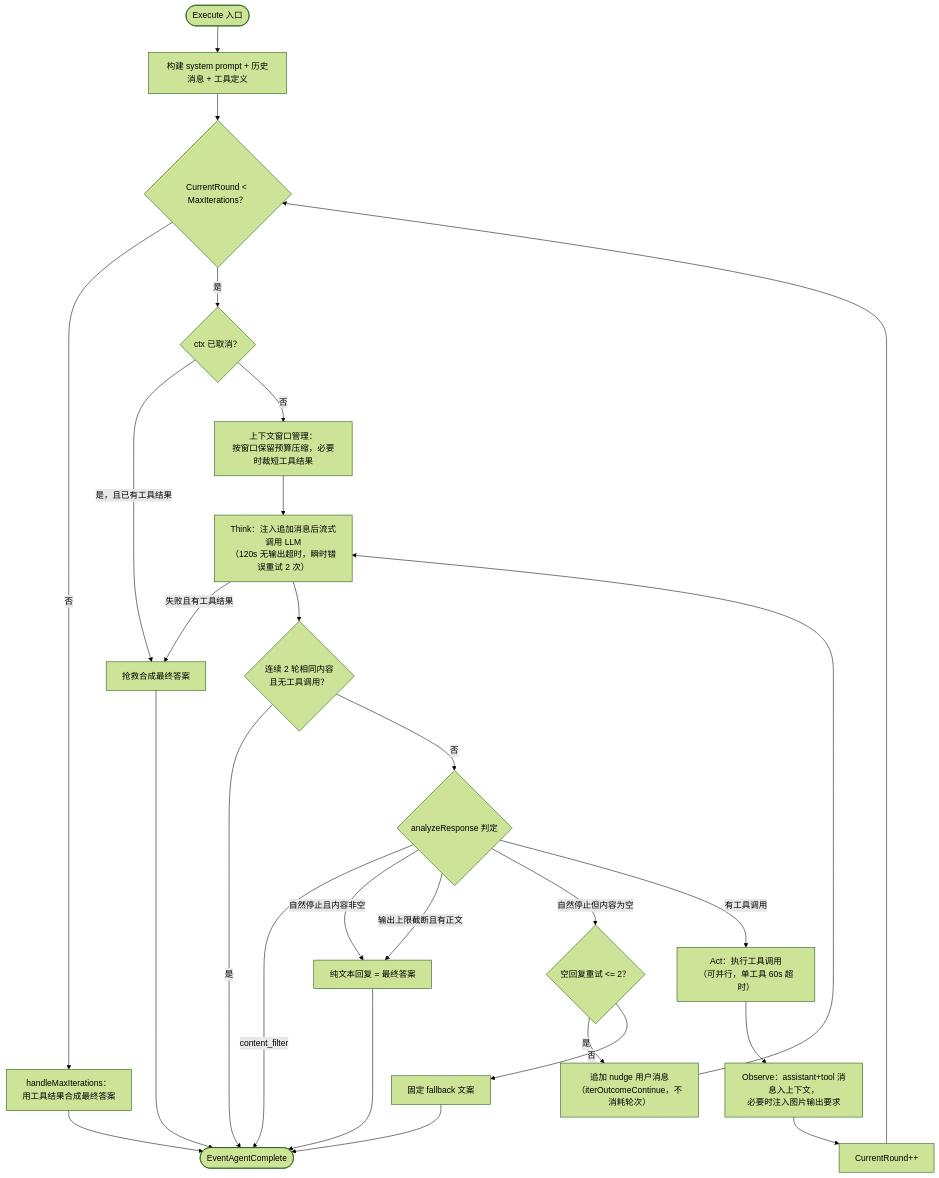
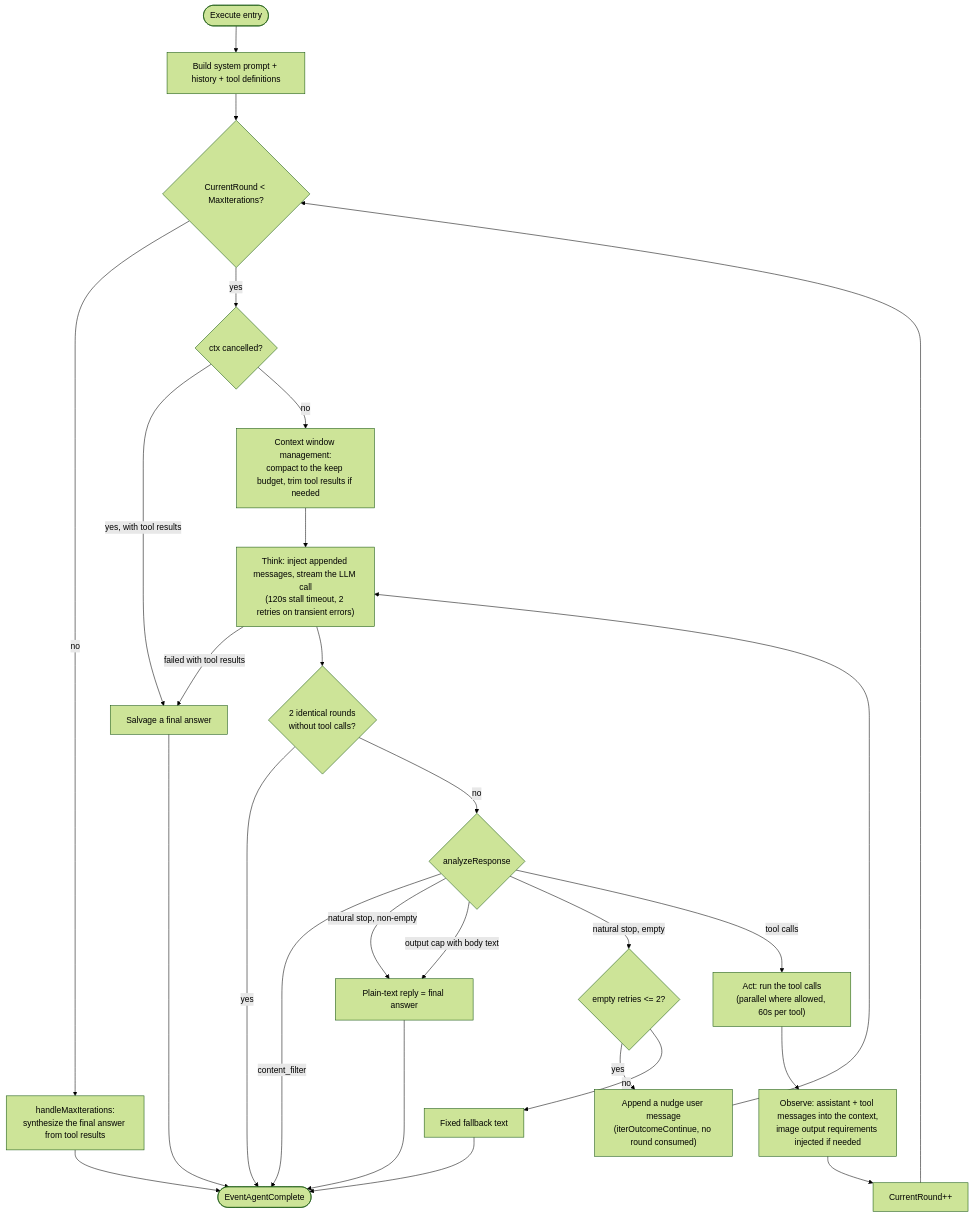
The second of 3 diagrams in website-docs/03-features/07-agent.md (jrmatherly/ai-kb), drawn with Mermaid (forest theme) before and after one commit. The commit also changed other lines of this file and 11 other files, not shown here.

````diff
--- a/website-docs/03-features/07-agent.md
+++ b/website-docs/03-features/07-agent.md
@@ -378,24 +390,24 @@
 ```mermaid
 flowchart TD
-    START(["Execute 入口"]) --> INIT["构建 system prompt + 历史消息 + 工具定义"]
-    INIT --> CHECK{"CurrentRound < MaxIterations？"}
-    CHECK -- "否" --> MAXED["handleMaxIterations：<br/>用工具结果合成最终答案"]
+    START(["Execute entry"]) --> INIT["Build system prompt + history + tool definitions"]
+    INIT --> CHECK{"CurrentRound < MaxIterations?"}
+    CHECK -- "no" --> MAXED["handleMaxIterations:<br/>synthesize the final answer from tool results"]
     MAXED --> DONE(["EventAgentComplete"])
-    CHECK -- "是" --> CANCEL{"ctx 已取消？"}
-    CANCEL -- "是，且已有工具结果" --> SALVAGE["抢救合成最终答案"] --> DONE
-    CANCEL -- "否" --> CTXMGMT["上下文窗口管理：<br/>按窗口保留预算压缩，必要时裁短工具结果"]
-    CTXMGMT --> THINK["Think：注入追加消息后流式调用 LLM<br/>（120s 无输出超时，瞬时错误重试 2 次）"]
-    THINK -- "失败且有工具结果" --> SALVAGE
-    THINK --> STUCK{"连续 2 轮相同内容<br/>且无工具调用？"}
-    STUCK -- "是" --> DONE
-    STUCK -- "否" --> ANALYZE{"analyzeResponse 判定"}
+    CHECK -- "yes" --> CANCEL{"ctx cancelled?"}
+    CANCEL -- "yes, with tool results" --> SALVAGE["Salvage a final answer"] --> DONE
+    CANCEL -- "no" --> CTXMGMT["Context window management:<br/>compact to the keep budget, trim tool results if needed"]
+    CTXMGMT --> THINK["Think: inject appended messages, stream the LLM call<br/>(120s stall timeout, 2 retries on transient errors)"]
+    THINK -- "failed with tool results" --> SALVAGE
+    THINK --> STUCK{"2 identical rounds<br/>without tool calls?"}
+    STUCK -- "yes" --> DONE
+    STUCK -- "no" --> ANALYZE{"analyzeResponse"}
     ANALYZE -- "content_filter" --> DONE
-    ANALYZE -- "自然停止且内容非空" --> FINAL["纯文本回复 = 最终答案"] --> DONE
-    ANALYZE -- "输出上限截断且有正文" --> FINAL
-    ANALYZE -- "自然停止但内容为空" --> EMPTY{"空回复重试 <= 2？"}
-    EMPTY -- "是" --> NUDGE["追加 nudge 用户消息<br/>（iterOutcomeContinue，不消耗轮次）"] --> THINK
-    EMPTY -- "否" --> FALLBACK["固定 fallback 文案"] --> DONE
-    ANALYZE -- "有工具调用" --> ACT["Act：执行工具调用<br/>（可并行，单工具 60s 超时）"]
-    ACT --> OBSERVE["Observe：assistant+tool 消息入上下文，<br/>必要时注入图片输出要求"]
+    ANALYZE -- "natural stop, non-empty" --> FINAL["Plain-text reply = final answer"] --> DONE
+    ANALYZE -- "output cap with body text" --> FINAL
+    ANALYZE -- "natural stop, empty" --> EMPTY{"empty retries <= 2?"}
+    EMPTY -- "yes" --> NUDGE["Append a nudge user message<br/>(iterOutcomeContinue, no round consumed)"] --> THINK
+    EMPTY -- "no" --> FALLBACK["Fixed fallback text"] --> DONE
+    ANALYZE -- "tool calls" --> ACT["Act: run the tool calls<br/>(parallel where allowed, 60s per tool)"]
+    ACT --> OBSERVE["Observe: assistant + tool messages into the context,<br/>image output requirements injected if needed"]
     OBSERVE --> NEXT["CurrentRound++"] --> CHECK
 ```
````
